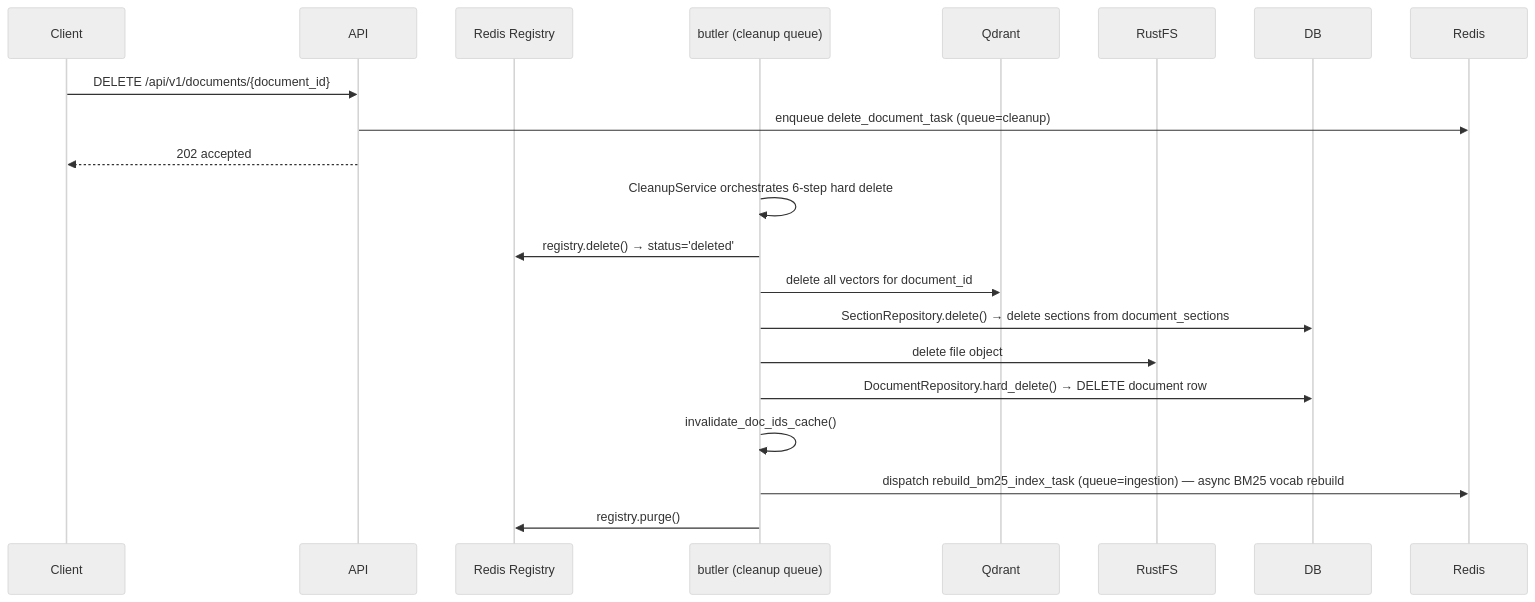
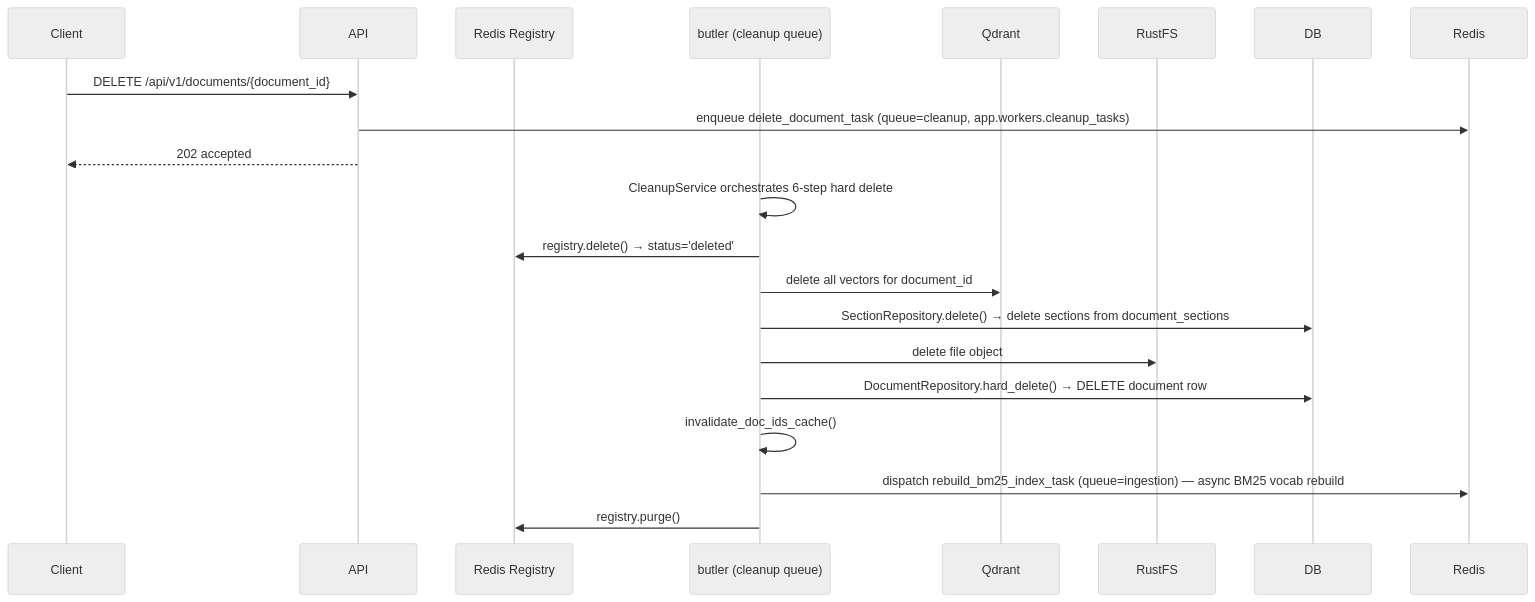
Before and after one commit to qtuanph/chatbot-rag: the third of 5 diagrams in docs/02_WORKFLOWS.md, drawn with Mermaid (neutral theme). The commit also changed other lines of this file and 73 other files, not shown here.

````diff
--- a/docs/02_WORKFLOWS.md
+++ b/docs/02_WORKFLOWS.md
@@ -133,24 +133,24 @@
 ```mermaid
 sequenceDiagram
     participant Client
     participant API
     participant Registry as Redis Registry
     participant Cleanup as butler (cleanup queue)
     participant Qdrant
     participant RustFS
     participant DB
 
     Client->>API: DELETE /api/v1/documents/{document_id}
-    API->>Redis: enqueue delete_document_task (queue=cleanup)
+    API->>Redis: enqueue delete_document_task (queue=cleanup, app.workers.cleanup_tasks)
     API-->>Client: 202 accepted
 
     Cleanup->>Cleanup: CleanupService orchestrates 6-step hard delete
     Cleanup->>Registry: registry.delete() → status='deleted'
     Cleanup->>Qdrant: delete all vectors for document_id
     Cleanup->>DB: SectionRepository.delete() → delete sections from document_sections
     Cleanup->>RustFS: delete file object
     Cleanup->>DB: DocumentRepository.hard_delete() → DELETE document row
     Cleanup->>Cleanup: invalidate_doc_ids_cache()
     Cleanup->>Redis: dispatch rebuild_bm25_index_task (queue=ingestion) — async BM25 vocab rebuild
     Cleanup->>Registry: registry.purge()
 ```
````
